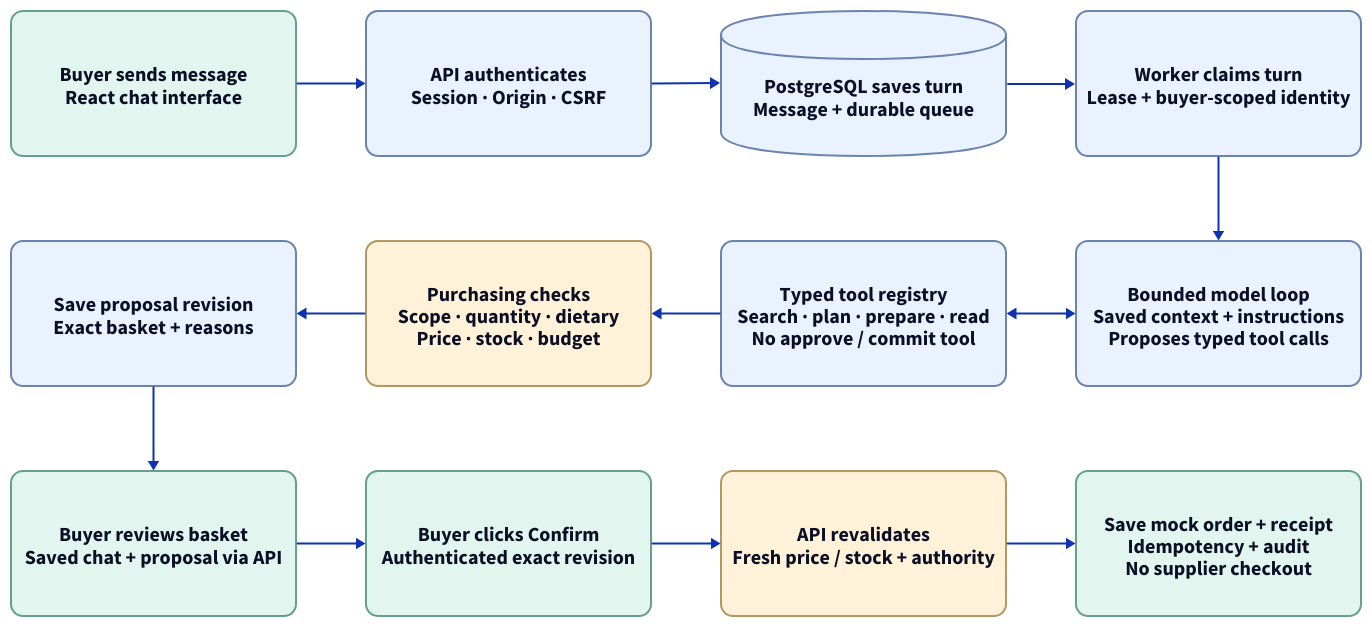
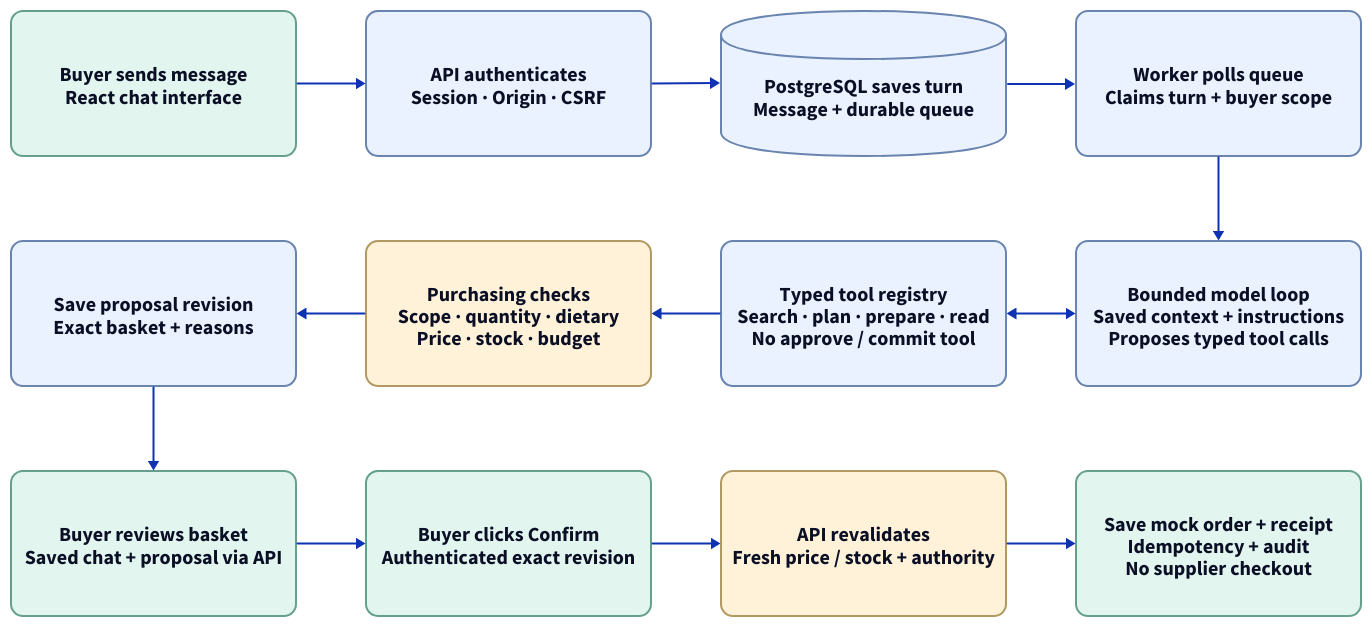
Before and after one commit to Junction-Best-Team/Main-Application: the diagram in docs/diagrams/harness.d2, drawn with D2. The commit also changed 7 other files, not shown here.

Commit message:
docs: make queue trigger and worker result delivery explicit

```diff
--- a/docs/diagrams/harness.d2
+++ b/docs/diagrams/harness.d2
@@ -1,40 +1,40 @@
 # The model can prepare; only the authenticated buyer can confirm.
 vars: {
   d2-config: {
     layout-engine: elk
     theme-id: 0
     pad: 40
   }
 }
 direction: right
 classes: {
   app: {
     style: {fill: "#EAF1FF"; stroke: "#6984AE"; border-radius: 12; font-size: 20}
   }
   human: {
     style: {fill: "#E2F5EF"; stroke: "#65A08D"; border-radius: 12; font-size: 20}
   }
   check: {
     style: {fill: "#FFF2D9"; stroke: "#B29963"; border-radius: 12; font-size: 20}
   }
 }
 # Read across the first row, back across the second, then across the third.
 grid-rows: 3
 grid-columns: 4
 horizontal-gap: 70
 vertical-gap: 85
 message: "Buyer sends message\nReact chat interface" {class: human; width: 285; height: 145}
 api: "API authenticates\nSession · Origin · CSRF" {class: app; width: 285; height: 145}
 queue: "PostgreSQL saves turn\nMessage + durable queue" {class: app; width: 285; height: 145; shape: cylinder}
-worker: "Worker claims turn\nLease + buyer-scoped identity" {class: app; width: 285; height: 145}
+worker: "Worker polls queue\nClaims turn + buyer scope" {class: app; width: 285; height: 145}
 basket: "Save proposal revision\nExact basket + reasons" {class: app; width: 285; height: 145}
 checks: "Purchasing checks\nScope · quantity · dietary\nPrice · stock · budget" {class: check; width: 285; height: 145}
 tools: "Typed tool registry\nSearch · plan · prepare · read\nNo approve / commit tool" {class: app; width: 285; height: 145}
 model: "Bounded model loop\nSaved context + instructions\nProposes typed tool calls" {class: app; width: 285; height: 145}
 review: "Buyer reviews basket\nSaved chat + proposal via API" {class: human; width: 285; height: 145}
 confirm: "Buyer clicks Confirm\nAuthenticated exact revision" {class: human; width: 285; height: 145}
 recheck: "API revalidates\nFresh price / stock + authority" {class: check; width: 285; height: 145}
 receipt: "Save mock order + receipt\nIdempotency + audit\nNo supplier checkout" {class: human; width: 285; height: 145}
 message -> api -> queue -> worker -> model
 model <-> tools
 tools -> checks -> basket -> review -> confirm -> recheck -> receipt
```
